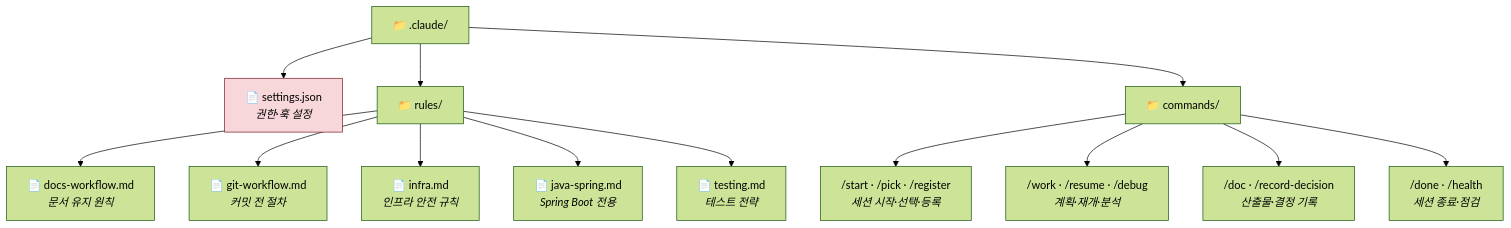
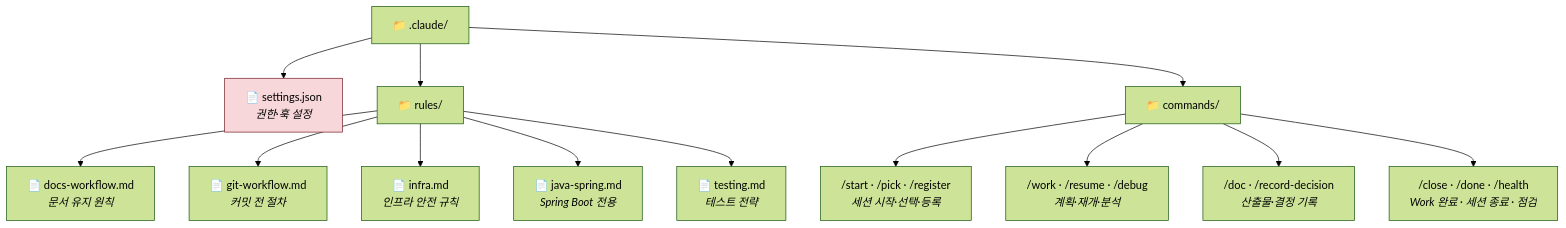
One commit to kyungseo/ai-workflow-harness changed the fourth of 14 diagrams in docs/WORKFLOW-MANUAL.md. Above: the diagram before and after it, drawn with Mermaid (forest theme). The commit also changed other lines of this file and 18 other files, not shown here.

First line of the commit message:
feat: HRN-019 /close 커맨드 신규 도입 — /done Work 완료 절차 분리

````diff
--- a/docs/WORKFLOW-MANUAL.md
+++ b/docs/WORKFLOW-MANUAL.md
@@ -159,21 +159,21 @@
 ```mermaid
 graph TD
     DOT_CLAUDE["📁 .claude/"]
 
     DOT_CLAUDE --> SETTINGS["📄 settings.json<br/><i>권한·훅 설정</i>"]
     DOT_CLAUDE --> RULES["📁 rules/"]
     DOT_CLAUDE --> COMMANDS["📁 commands/"]
 
     RULES --> R1["📄 docs-workflow.md<br/><i>문서 유지 원칙</i>"]
     RULES --> R2["📄 git-workflow.md<br/><i>커밋 전 절차</i>"]
     RULES --> R3["📄 infra.md<br/><i>인프라 안전 규칙</i>"]
     RULES --> R4["📄 java-spring.md<br/><i>Spring Boot 전용</i>"]
     RULES --> R5["📄 testing.md<br/><i>테스트 전략</i>"]
 
     COMMANDS --> CMD_A["/start · /pick · /register<br/><i>세션 시작·선택·등록</i>"]
     COMMANDS --> CMD_B["/work · /resume · /debug<br/><i>계획·재개·분석</i>"]
     COMMANDS --> CMD_C["/doc · /record-decision<br/><i>산출물·결정 기록</i>"]
-    COMMANDS --> CMD_D["/done · /health<br/><i>세션 종료·점검</i>"]
+    COMMANDS --> CMD_D["/close · /done · /health<br/><i>Work 완료 · 세션 종료 · 점검</i>"]
 
     style SETTINGS fill:#f8d7da,stroke:#721c24
 ```
````
